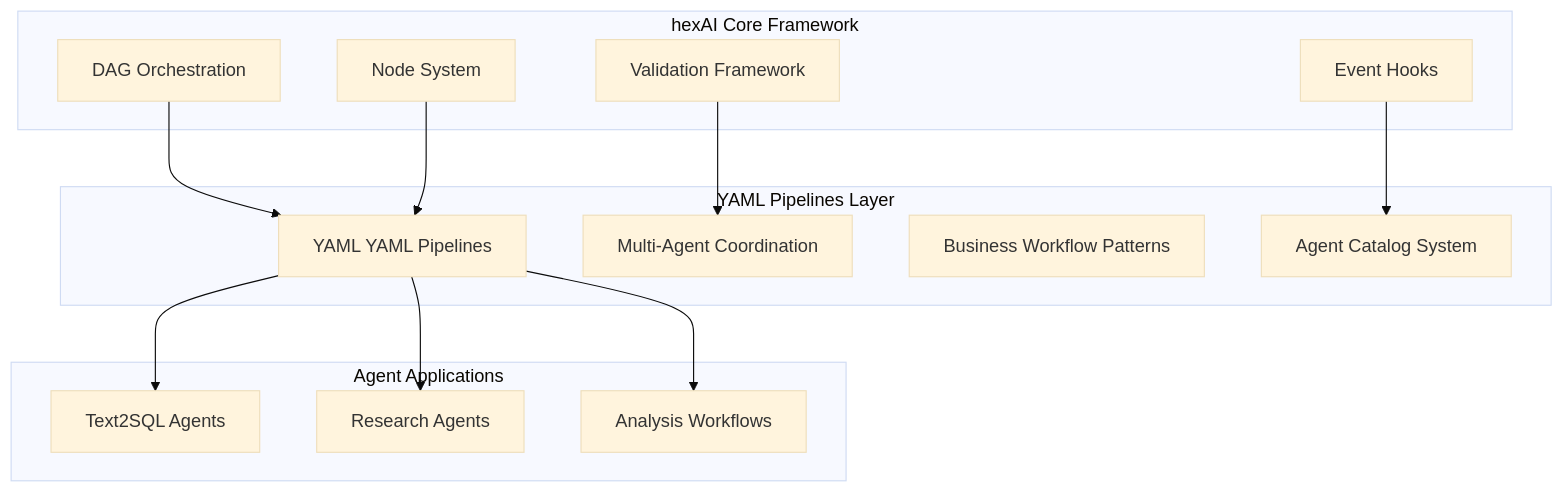
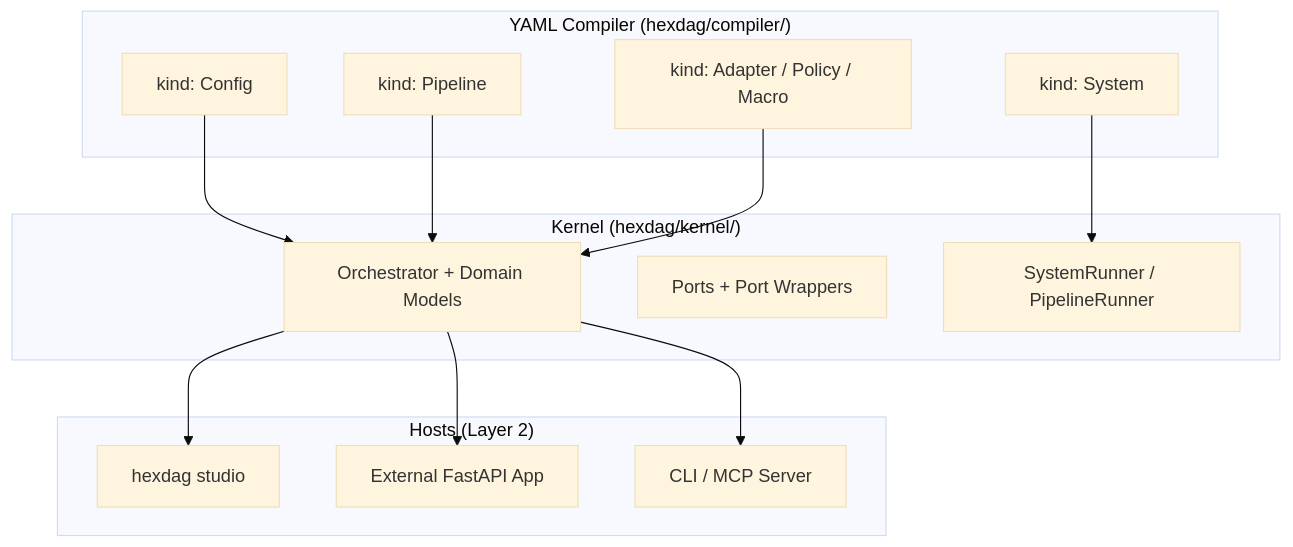
One commit to omniviser/hexDAG changed the diagram in docs/ROADMAP.md. Above: the diagram before and after it, drawn with Mermaid (base theme). The commit also changed other lines of this file and 102 other files, not shown here.

````diff
--- a/docs/ROADMAP.md
+++ b/docs/ROADMAP.md
@@ -12,30 +12,29 @@
 ```mermaid
 graph TD
-    subgraph "hexAI Core Framework"
-        A[DAG Orchestration]
-        B[Node System]
-        C[Validation Framework]
-        D[Event Hooks]
+    subgraph "YAML Compiler (hexdag/compiler/)"
+        A[kind: Config]
+        B[kind: Pipeline]
+        C[kind: System]
+        D[kind: Adapter / Policy / Macro]
     end
 
-    subgraph "YAML Pipelines Layer"
-        E[YAML YAML Pipelines]
-        F[Multi-Agent Coordination]
-        G[Business Workflow Patterns]
-        H[Agent Catalog System]
+    subgraph "Kernel (hexdag/kernel/)"
+        E[Orchestrator + Domain Models]
+        F[Ports + Port Wrappers]
+        G[SystemRunner / PipelineRunner]
     end
 
-    subgraph "Agent Applications"
-        I[Text2SQL Agents]
-        J[Research Agents]
-        K[Analysis Workflows]
+    subgraph "Hosts (Layer 2)"
+        H[hexdag studio]
+        I[External FastAPI App]
+        J[CLI / MCP Server]
     end
 
     A --> E
     B --> E
-    C --> F
-    D --> H
+    C --> G
+    D --> E
+    E --> H
     E --> I
     E --> J
-    E --> K
 ```
````
